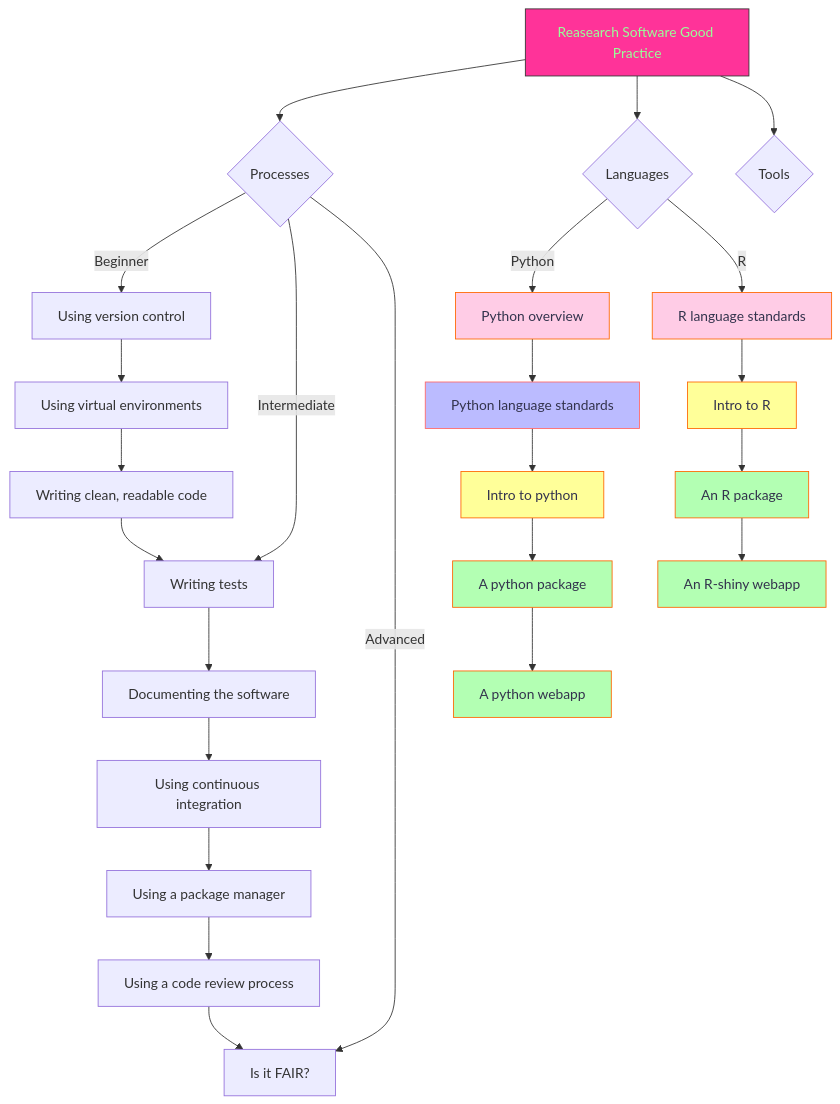
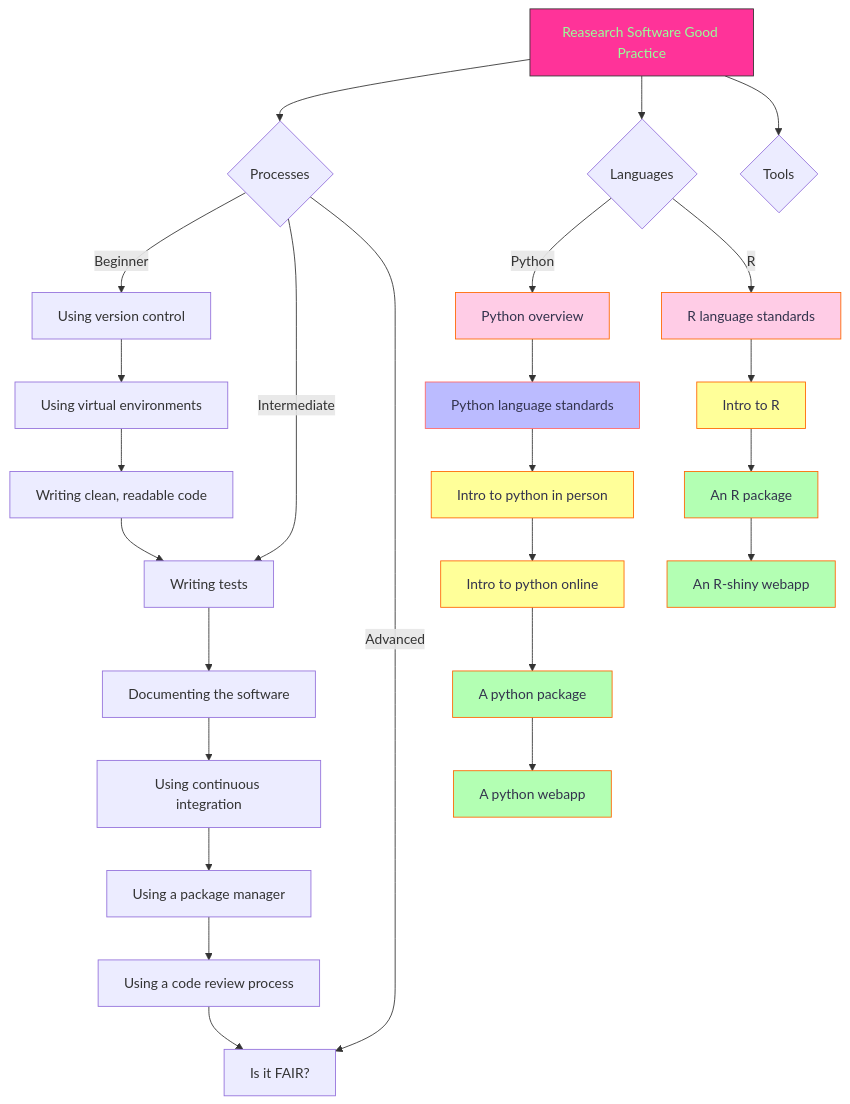
One commit to ICR-SC/good-practice changed the second of 2 diagrams in docs/index.md. Above: the diagram before and after it, drawn with Mermaid.

````diff
--- a/docs/index.md
+++ b/docs/index.md
@@ -19,38 +19,43 @@
 ``` mermaid
 flowchart TD  
   A[Reasearch Software Good Practice] --> B{Processes};
   B -->|Beginner| C[Using version control];
   C --> D[Using virtual environments];
   D --> E[Writing clean, readable code];
   E --> F[Writing tests];
   B ---->|Intermediate| F;
   F --> G[Documenting the software];
   G --> H[Using continuous integration];
   H --> I[Using a package manager];
   I --> J[Using a code review process];
   J --> K[Is it FAIR?];
   B ---->|Advanced| K;
   A --> EB{Languages};
   EB --> |Python| PA[Python overview];
-  PA --> PEP8[Python language standards];
-  PEP8 --> PB[Intro to python];
-  PB --> PC[A python package];
+  PA --> PEP8[Python language standards];  
+  PEP8 --> PINTRO1[Intro to python in person];
+  PINTRO1 --> PINTRO2[Intro to python online];
+  PINTRO2 --> PC[A python package];
   PC --> PD[A python webapp];
   EB --> |R| RA[R language standards];
   RA --> RB[Intro to R];
   RB --> RC[An R package];
   RC --> RD[An R-shiny webapp];
   A --> TA{Tools};
   style A fill:#ff3399,stroke:#333,stroke-width:1px,color:#99ff99
   click A "https://icr-rse-group.github.io/good-practice/about/" "RS Good Practice"
   style PA fill:#ffcce6,stroke:#ff6600,stroke-width:1px,color:#33334d
   click PA "https://icr-rse-group.github.io/good-practice/good/python/" "Python Overview"
   style PEP8 fill:#bbf,stroke:#f66,stroke-width:1px,color:#33334d
-  style PB fill:#ffff99,stroke:#ff6600,stroke-width:1px,color:#33334d
+  click PEP8 "https://peps.python.org/pep-0008/" "PEP8"
+  style PINTRO1 fill:#ffff99,stroke:#ff6600,stroke-width:1px,color:#33334d
+  click PINTRO1 "https://training.icr.ac.uk/coursed.php?course=544" "Intro to Python"
+  style PINTRO2 fill:#ffff99,stroke:#ff6600,stroke-width:1px,color:#33334d
+  click PINTRO2 "https://training.icr.ac.uk/coursed.php?course=1189" "Intro to Python"
   style PC fill:#b3ffb3,stroke:#ff6600,stroke-width:1px,color:#33334d
   style PD fill:#b3ffb3,stroke:#ff6600,stroke-width:1px,color:#33334d
   style RA fill:#ffcce6,stroke:#ff6600,stroke-width:1px,color:#33334d
   style RB fill:#ffff99,stroke:#ff6600,stroke-width:1px,color:#33334d
   style RC fill:#b3ffb3,stroke:#ff6600,stroke-width:1px,color:#33334d
   style RD fill:#b3ffb3,stroke:#ff6600,stroke-width:1px,color:#33334d
 ```
````
